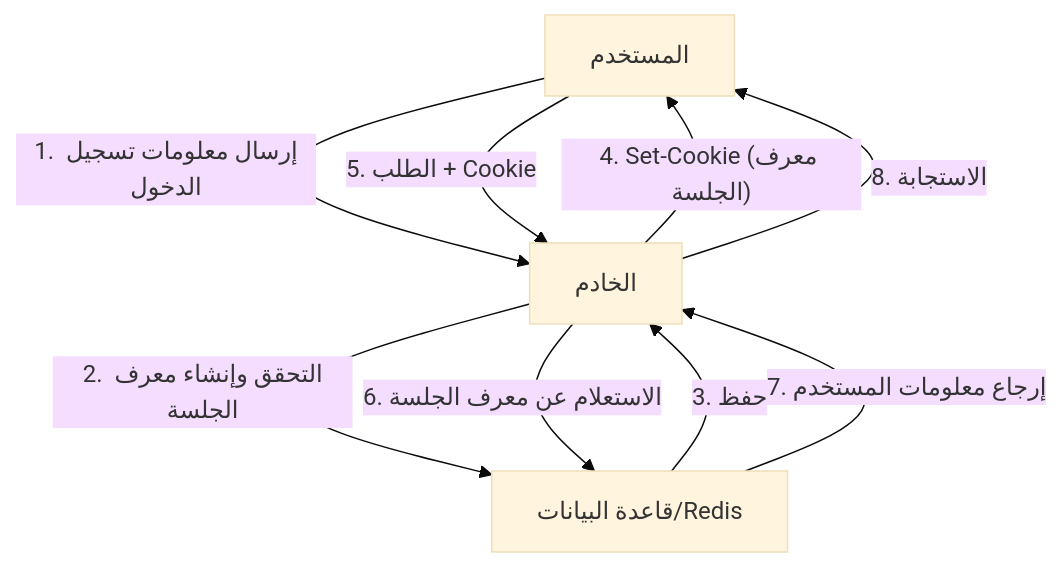
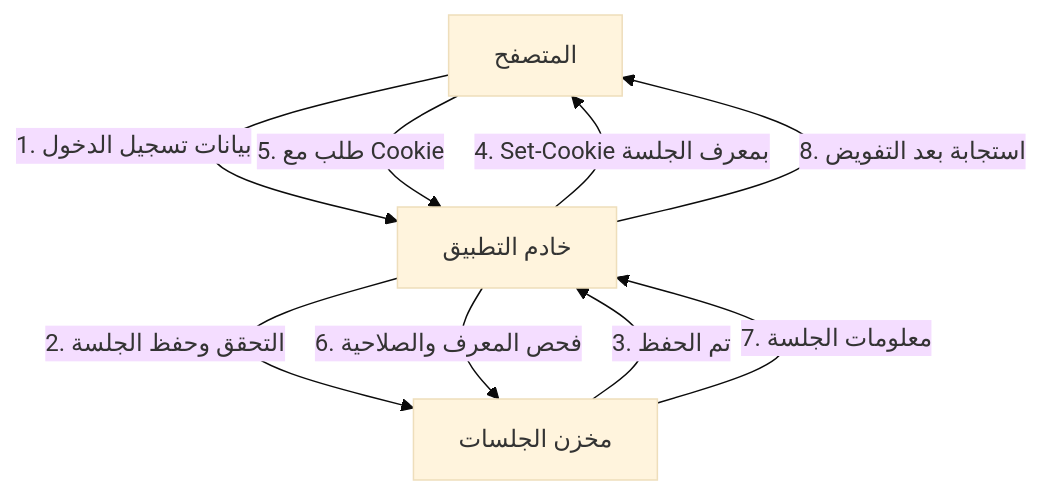
The first of 3 diagrams in content/post/jwt-json-web-token-security-risks/index.ar.md (kenjinote/blog), drawn with Mermaid (base theme) before and after one commit. The commit also changed other lines of this file and 7 other files, not shown here.

````diff
--- a/content/post/jwt-json-web-token-security-risks/index.ar.md
+++ b/content/post/jwt-json-web-token-security-risks/index.ar.md
@@ -19,11 +20,11 @@
 ```mermaid
 graph TD
-    A["المستخدم"] -- "1. إرسال معلومات تسجيل الدخول" --> B["الخادم"]
-    B -- "2. التحقق وإنشاء معرف الجلسة" --> C["قاعدة البيانات/Redis"]
-    C -- "3. حفظ" --> B
-    B -- "4. Set-Cookie (معرف الجلسة)" --> A
-    A -- "5. الطلب + Cookie" --> B
-    B -- "6. الاستعلام عن معرف الجلسة" --> C
-    C -- "7. إرجاع معلومات المستخدم" --> B
-    B -- "8. الاستجابة" --> A
+    A["المتصفح"] -- "1. بيانات تسجيل الدخول" --> B["خادم التطبيق"]
+    B -- "2. التحقق وحفظ الجلسة" --> C["مخزن الجلسات"]
+    C -- "3. تم الحفظ" --> B
+    B -- "4. Set-Cookie بمعرف الجلسة" --> A
+    A -- "5. طلب مع Cookie" --> B
+    B -- "6. فحص المعرف والصلاحية" --> C
+    C -- "7. معلومات الجلسة" --> B
+    B -- "8. استجابة بعد التفويض" --> A
 ```
````
